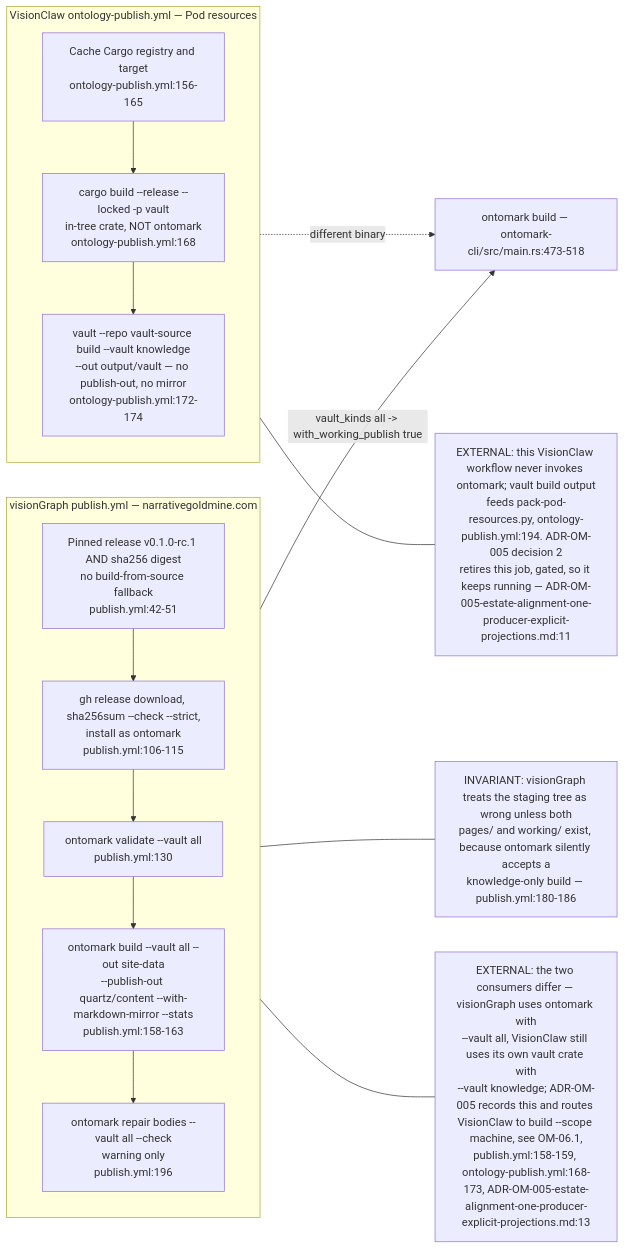
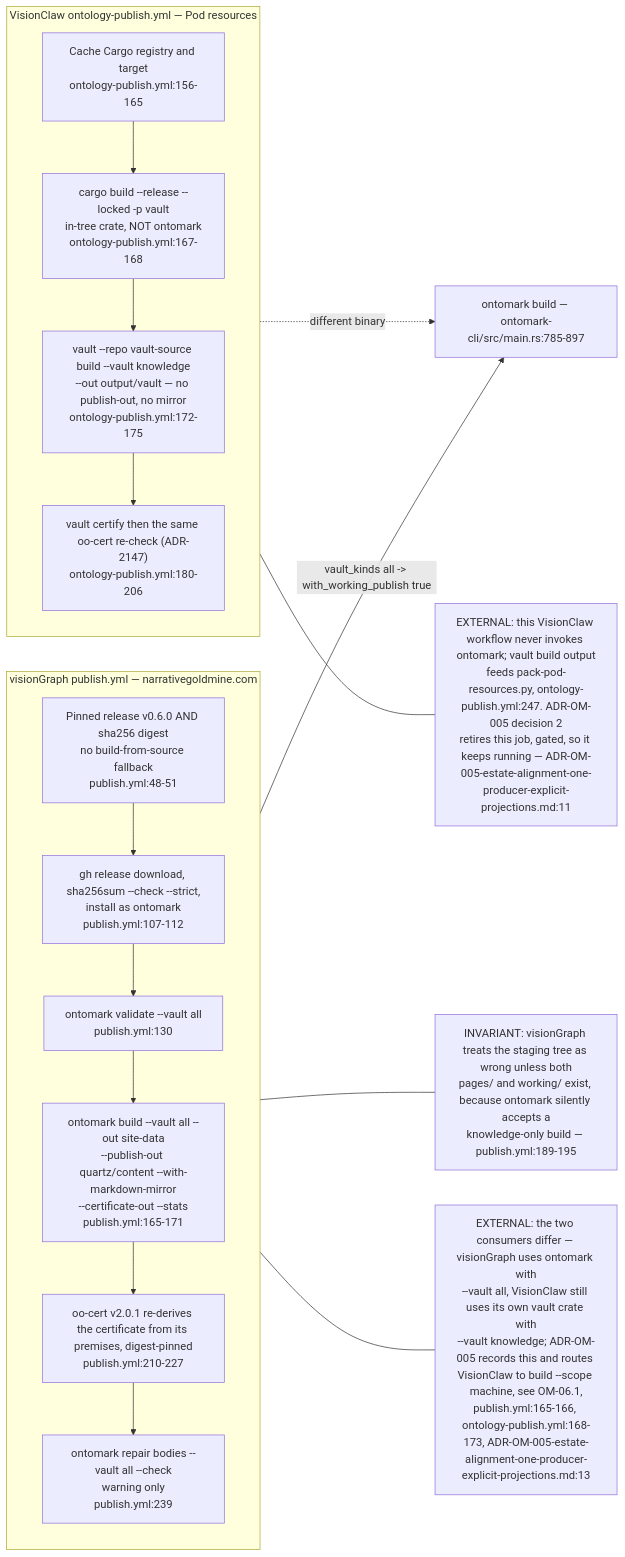
The fifth of 6 diagrams in docs/diagrams/ontomark/05-cli-commands-vault-selector-and-exit-codes.md (DreamLab-AI/VisionFlow), drawn with Mermaid before and after one commit. The commit also changed other lines of this file and 160 other files, not shown here.

````diff
--- a/docs/diagrams/ontomark/05-cli-commands-vault-selector-and-exit-codes.md
+++ b/docs/diagrams/ontomark/05-cli-commands-vault-selector-and-exit-codes.md
@@ -177,28 +196,30 @@
 ```mermaid
 flowchart LR
     subgraph VG["visionGraph publish.yml — narrativegoldmine.com"]
         direction TB
-        VGPIN["Pinned release v0.1.0-rc.1 AND sha256 digest<br/>no build-from-source fallback<br/>publish.yml:42-51"]
-        VGFETCH["gh release download, sha256sum --check --strict,<br/>install as ontomark<br/>publish.yml:106-115"]
+        VGPIN["Pinned release v0.6.0 AND sha256 digest<br/>no build-from-source fallback<br/>publish.yml:48-51"]
+        VGFETCH["gh release download, sha256sum --check --strict,<br/>install as ontomark<br/>publish.yml:107-112"]
         VGVAL["ontomark validate --vault all<br/>publish.yml:130"]
-        VGBUILD["ontomark build --vault all --out site-data<br/>--publish-out quartz/content --with-markdown-mirror --stats<br/>publish.yml:158-163"]
-        VGREP["ontomark repair bodies --vault all --check<br/>warning only<br/>publish.yml:196"]
-        VGPIN --> VGFETCH --> VGVAL --> VGBUILD --> VGREP
+        VGBUILD["ontomark build --vault all --out site-data<br/>--publish-out quartz/content --with-markdown-mirror<br/>--certificate-out --stats<br/>publish.yml:165-171"]
+        VGCERT["oo-cert v2.0.1 re-derives the certificate from its premises, digest-pinned<br/>publish.yml:210-227"]
+        VGREP["ontomark repair bodies --vault all --check<br/>warning only<br/>publish.yml:239"]
+        VGPIN --> VGFETCH --> VGVAL --> VGBUILD --> VGCERT --> VGREP
     end
     subgraph VC["VisionClaw ontology-publish.yml — Pod resources"]
         direction TB
         VCCACHE["Cache Cargo registry and target<br/>ontology-publish.yml:156-165"]
-        VCBUILD["cargo build --release --locked -p vault<br/>in-tree crate, NOT ontomark<br/>ontology-publish.yml:168"]
-        VCRUN["vault --repo vault-source build --vault knowledge<br/>--out output/vault — no publish-out, no mirror<br/>ontology-publish.yml:172-174"]
-        VCCACHE --> VCBUILD --> VCRUN
+        VCBUILD["cargo build --release --locked -p vault<br/>in-tree crate, NOT ontomark<br/>ontology-publish.yml:167-168"]
+        VCRUN["vault --repo vault-source build --vault knowledge<br/>--out output/vault — no publish-out, no mirror<br/>ontology-publish.yml:172-175"]
+        VCCERT["vault certify then the same oo-cert re-check (ADR-2147)<br/>ontology-publish.yml:180-206"]
+        VCCACHE --> VCBUILD --> VCRUN --> VCCERT
     end
-    BIN["ontomark build — ontomark-cli/src/main.rs:473-518"]
+    BIN["ontomark build — ontomark-cli/src/main.rs:785-897"]
     VGBUILD -->|"vault_kinds all -> with_working_publish true"| BIN
     VCRUN -.->|"different binary"| BIN
-    n1["EXTERNAL: the two consumers differ — visionGraph uses ontomark with<br/>--vault all, VisionClaw still uses its own vault crate with<br/>--vault knowledge; ADR-OM-005 records this and routes VisionClaw to build --scope machine, see OM-06.1,<br/>publish.yml:158-159, ontology-publish.yml:168-173, ADR-OM-005-estate-alignment-one-producer-explicit-projections.md:13"]
-    n2["EXTERNAL: this VisionClaw workflow never invokes ontomark; vault build output<br/>feeds pack-pod-resources.py, ontology-publish.yml:194. ADR-OM-005 decision 2<br/>retires this job, gated, so it keeps running — ADR-OM-005-estate-alignment-one-producer-explicit-projections.md:11"]
-    n3["INVARIANT: visionGraph treats the staging tree as wrong unless both<br/>pages/ and working/ exist, because ontomark silently accepts a<br/>knowledge-only build — publish.yml:180-186"]
+    n1["EXTERNAL: the two consumers differ — visionGraph uses ontomark with<br/>--vault all, VisionClaw still uses its own vault crate with<br/>--vault knowledge; ADR-OM-005 records this and routes VisionClaw to build --scope machine, see OM-06.1,<br/>publish.yml:165-166, ontology-publish.yml:168-173, ADR-OM-005-estate-alignment-one-producer-explicit-projections.md:13"]
+    n2["EXTERNAL: this VisionClaw workflow never invokes ontomark; vault build output<br/>feeds pack-pod-resources.py, ontology-publish.yml:247. ADR-OM-005 decision 2<br/>retires this job, gated, so it keeps running — ADR-OM-005-estate-alignment-one-producer-explicit-projections.md:11"]
+    n3["INVARIANT: visionGraph treats the staging tree as wrong unless both<br/>pages/ and working/ exist, because ontomark silently accepts a<br/>knowledge-only build — publish.yml:189-195"]
     VG --- n1
     VC --- n2
     VGBUILD --- n3
 ```
````
